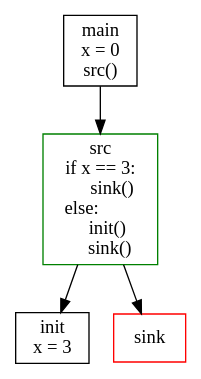
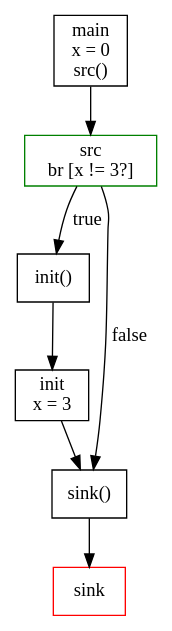
One commit to Joshi-Tejas/SVF-Project changed the diagram in repo-resources/6430-project-document/interprocedural.dot. Above: the diagram before and after it, drawn with Graphviz. The commit also changed 5 other files, not shown here.

```diff
--- a/repo-resources/6430-project-document/interprocedural.dot
+++ b/repo-resources/6430-project-document/interprocedural.dot
@@ -1,12 +1,17 @@
 digraph G {
 
   node [shape = rectangle];
   main->src
-  src->init
-  src->sink
+  src->initheader[label="true"]
+  initheader->init
+  src->footer[label="false"]
+  init->footer
+  footer->sink
   
+  initheader[label="init()"]
+  footer[label = "sink()"]
   main[label="main\nx = 0\nsrc()\n"]
-  src[color="green",label="src\nif x == 3:\n      sink()\nelse:        \n    init() \n     sink()"]
+  src[color="green",label="src\nbr [x != 3?]"]
   init[label="init\nx = 3"]
   sink[color="red",label="sink\n"]
 }
```
